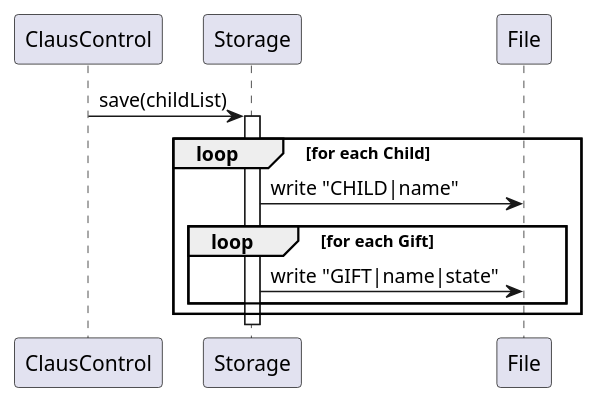
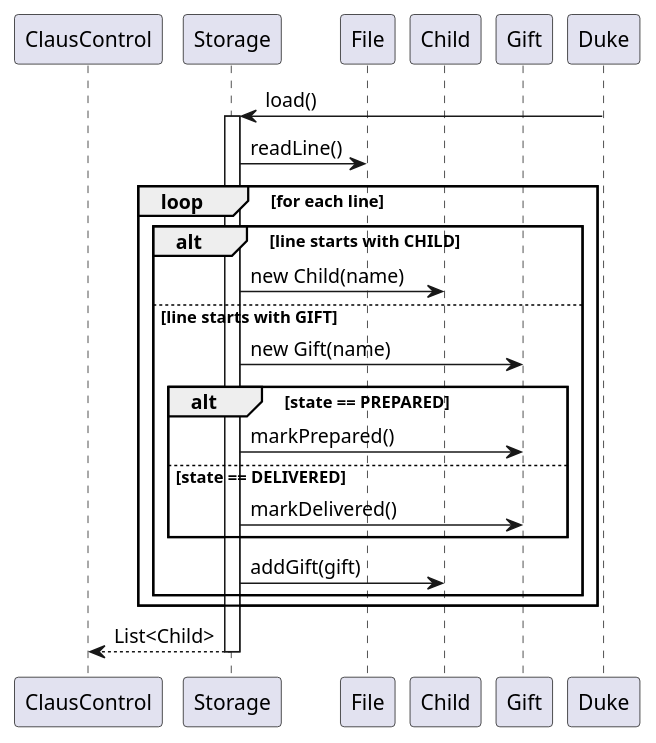
Before and after one commit to shrabasti-c/tp: the diagram in docs/diagrams/SaveDataSequenceDiagram.puml, drawn with PlantUML. The commit also changed 22 other files, not shown here.

```diff
--- a/docs/diagrams/SaveDataSequenceDiagram.puml
+++ b/docs/diagrams/SaveDataSequenceDiagram.puml
@@ -1,20 +1,33 @@
 @startuml
 
 participant ClausControl
 participant Storage
 participant File
+participant Child
+participant Gift
 
-ClausControl -> Storage : save(childList)
+Duke -> Storage : load()
 activate Storage
 
-loop for each Child
-    Storage -> File : write "CHILD|name"
+Storage -> File : readLine()
 
-    loop for each Gift
-        Storage -> File : write "GIFT|name|state"
+loop for each line
+    alt line starts with CHILD
+        Storage -> Child : new Child(name)
+    else line starts with GIFT
+        Storage -> Gift : new Gift(name)
+
+        alt state == PREPARED
+            Storage -> Gift : markPrepared()
+        else state == DELIVERED
+            Storage -> Gift : markDelivered()
+        end
+
+        Storage -> Child : addGift(gift)
     end
 end
 
+Storage --> ClausControl : List<Child>
 deactivate Storage
 
 @enduml
```
